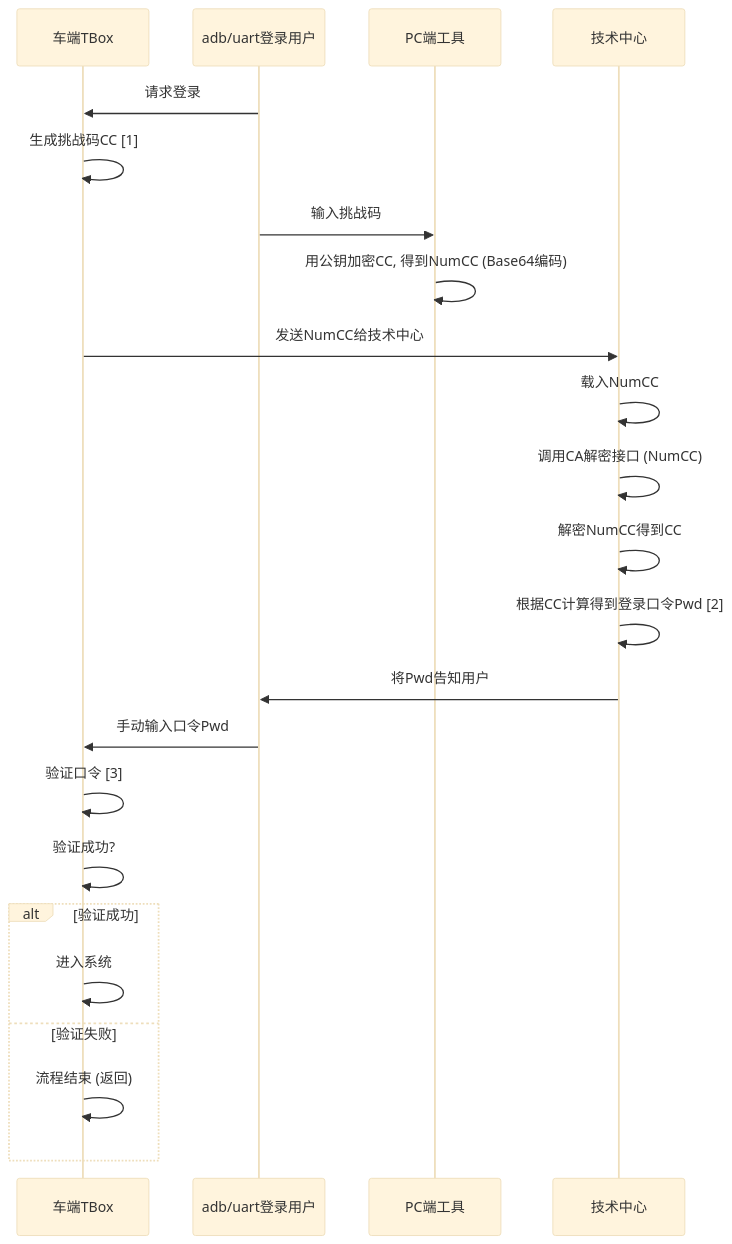
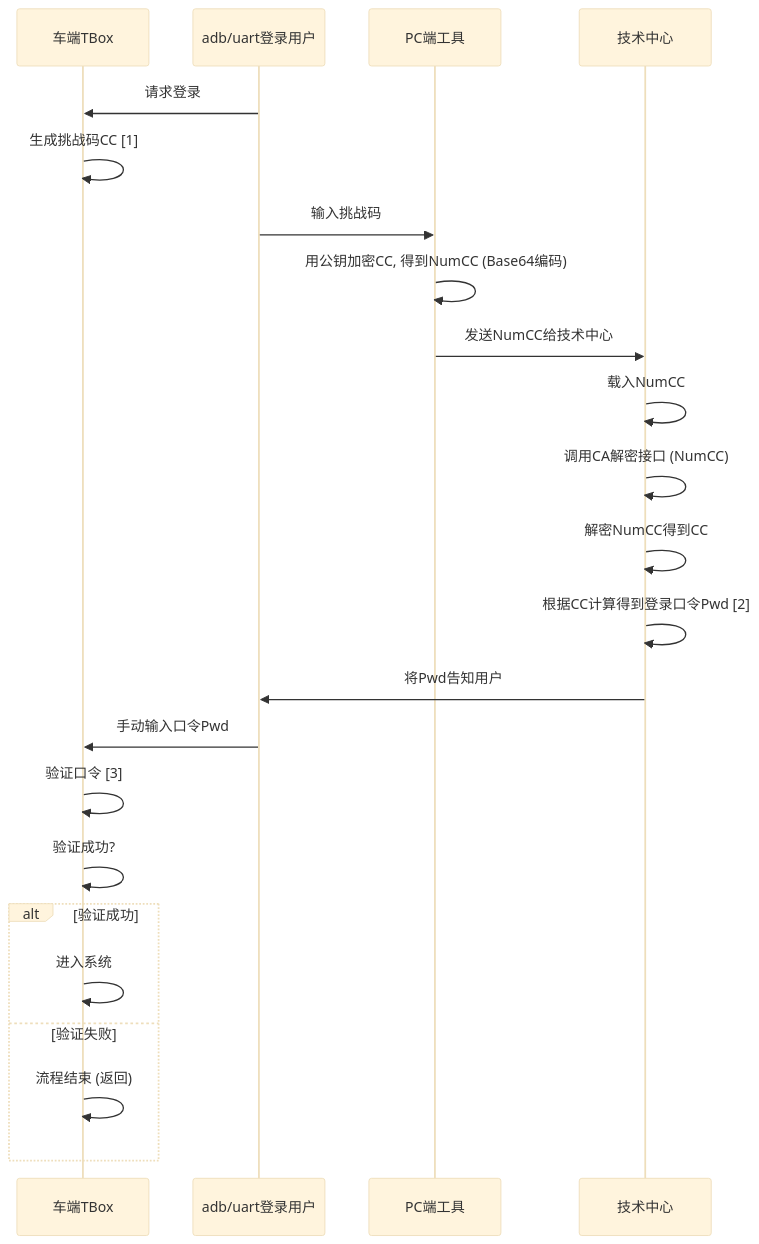
One commit to facebook-cloud/iodraw-files changed the diagram in all/未命名-13.md. Above: the diagram before and after it, drawn with Mermaid (base theme).

Commit message:
2026-01-26 18:20:11 update

````diff
--- a/all/未命名-13.md
+++ b/all/未命名-13.md
@@ -1,29 +1,29 @@
 ```mermaid
 sequenceDiagram
     participant tbox as 车端TBox
     participant user as adb/uart登录用户
     participant pc as PC端工具
     participant tech_center as 技术中心
   
 
     user->>tbox: 请求登录
     tbox->>tbox: 生成挑战码CC [1]
     user->>pc: 输入挑战码
     pc->>pc: 用公钥加密CC, 得到NumCC (Base64编码)
-    tbox->>tech_center: 发送NumCC给技术中心
+    pc->>tech_center: 发送NumCC给技术中心
     tech_center->>tech_center: 载入NumCC
     tech_center->>tech_center: 调用CA解密接口 (NumCC)
     tech_center->>tech_center: 解密NumCC得到CC
     tech_center->>tech_center: 根据CC计算得到登录口令Pwd [2]
     tech_center->>user: 将Pwd告知用户
     user->>tbox: 手动输入口令Pwd
     tbox->>tbox: 验证口令 [3]
     tbox->>tbox: 验证成功?
     alt 验证成功
         tbox->>tbox: 进入系统
     else 验证失败
         tbox->>tbox: 流程结束 (返回)
     end
 
 
 ```
````
